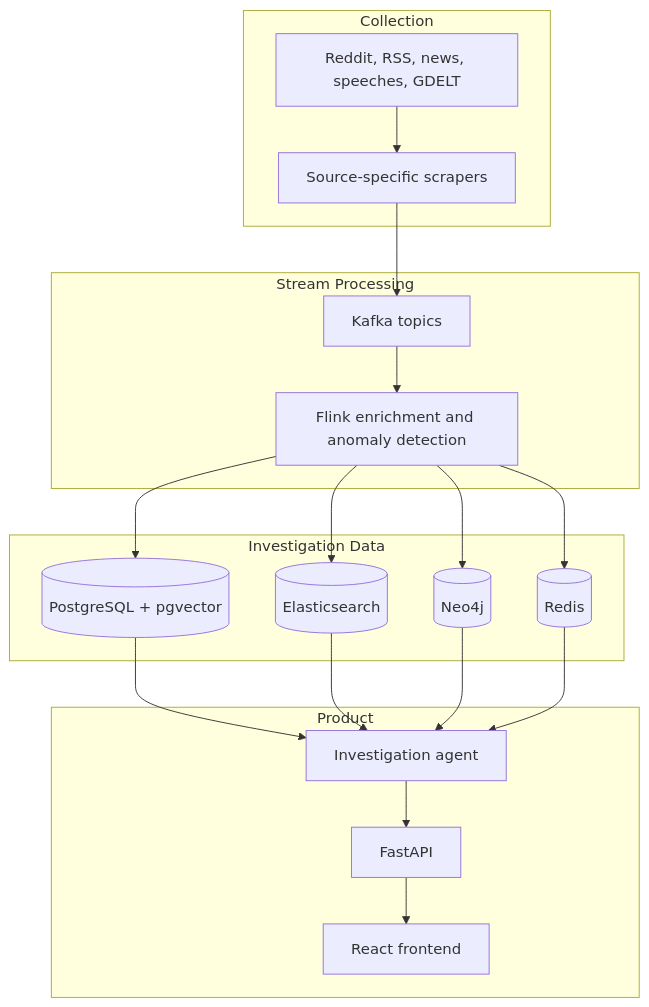
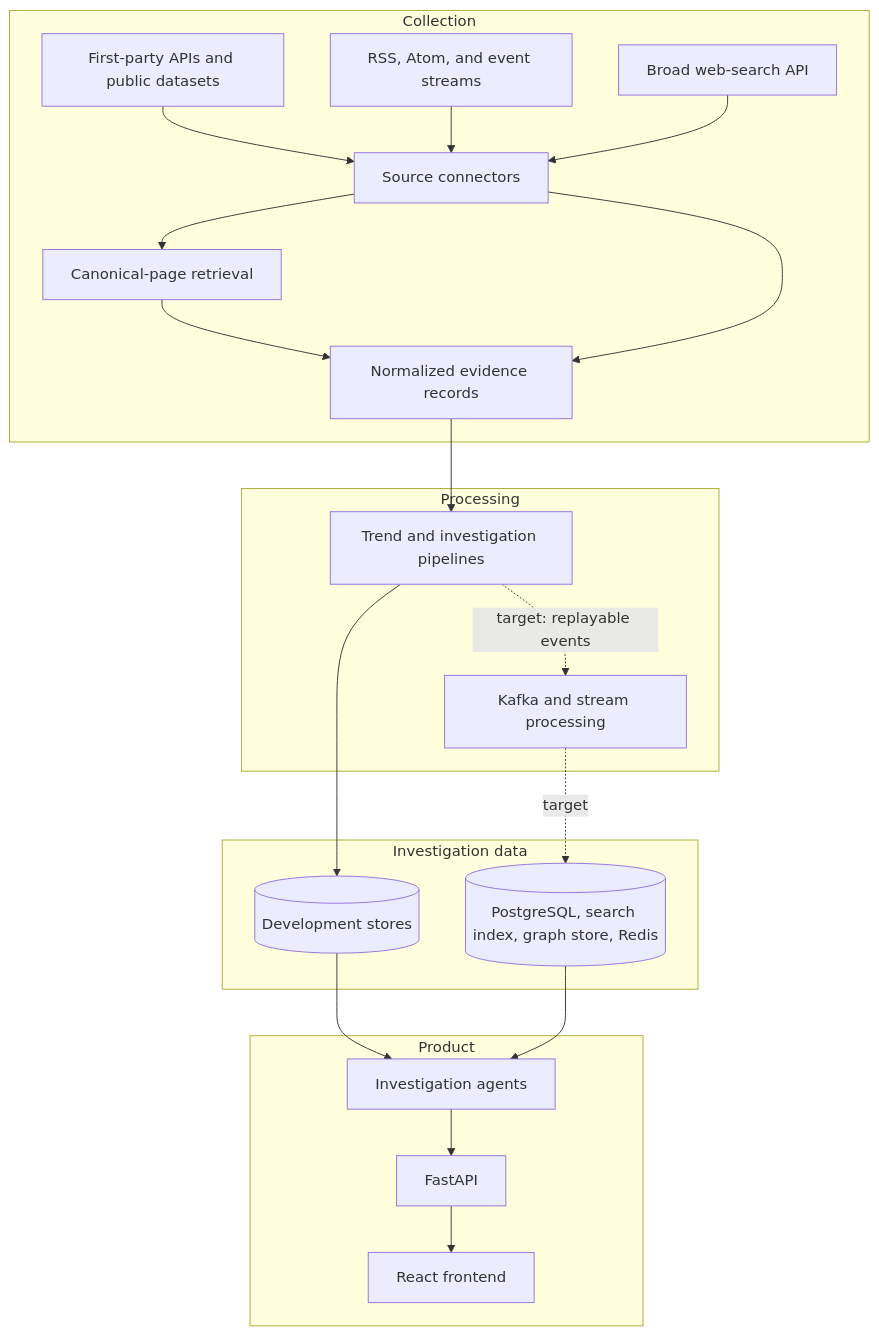
The diagram in SYSTEM_DESIGN.md (mnihad000/rhetoriq), drawn with Mermaid before and after one commit. The commit also changed other lines of this file and 9 other files, not shown here.

````diff
--- a/SYSTEM_DESIGN.md
+++ b/SYSTEM_DESIGN.md
@@ -15,24 +17,29 @@
 ```mermaid
 flowchart TB
     subgraph Collection
-      A[Reddit, RSS, news, speeches, GDELT] --> B[Source-specific scrapers]
+      A[First-party APIs and public datasets]
+      B[RSS, Atom, and event streams]
+      C[Broad web-search API]
+      D[Canonical-page retrieval]
+      A --> E[Source connectors]
+      B --> E
+      C --> E
+      E --> D
+      D --> F[Normalized evidence records]
+      E --> F
     end
-    subgraph Stream Processing
-      B --> C[Kafka topics]
-      C --> D[Flink enrichment and anomaly detection]
+    subgraph Processing
+      F --> G[Trend and investigation pipelines]
+      G -. target: replayable events .-> H[Kafka and stream processing]
     end
-    subgraph Investigation Data
-      D --> E[(PostgreSQL + pgvector)]
-      D --> F[(Elasticsearch)]
-      D --> G[(Neo4j)]
-      D --> H[(Redis)]
+    subgraph InvestigationData[Investigation data]
+      G --> I[(Development stores)]
+      H -. target .-> J[(PostgreSQL, search index, graph store, Redis)]
     end
     subgraph Product
-      E --> I[Investigation agent]
-      F --> I
-      G --> I
-      H --> I
-      I --> J[FastAPI]
-      J --> K[React frontend]
+      I --> K[Investigation agents]
+      J --> K
+      K --> L[FastAPI]
+      L --> M[React frontend]
     end
 ```
````
